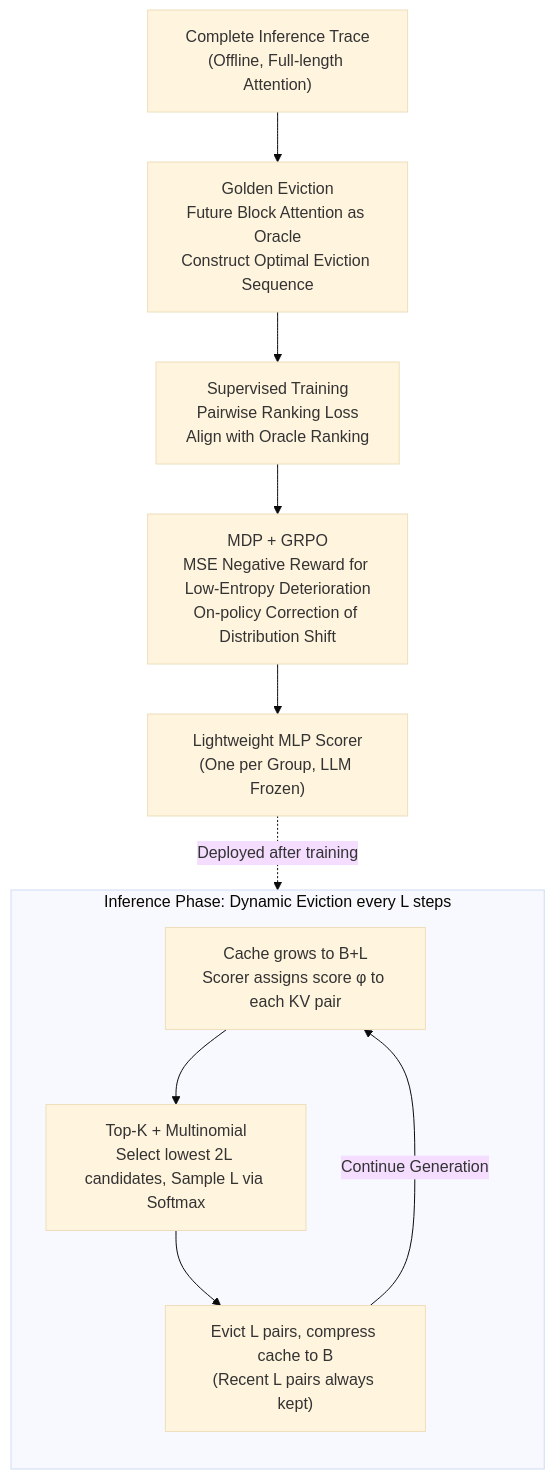
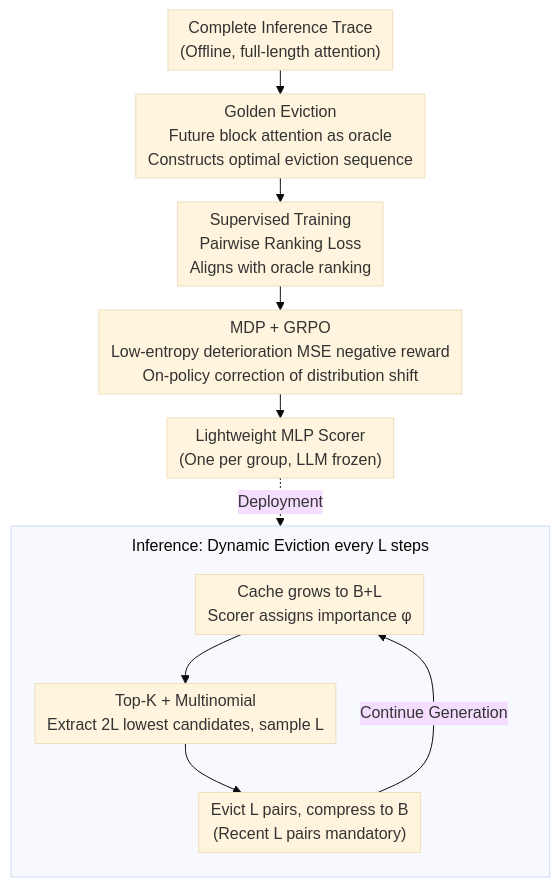
One commit to zhaoyang97/Paper-Notes-en changed the diagram in docs/ICML2026/llm_reasoning/foresightkv_optimizing_kv_cache_eviction_for_reasoning_models_by_learning_long-t.md. Above: the diagram before and after it, drawn with Mermaid (base theme). The commit also changed other lines of this file and 5084 other files, not shown here.

````diff
--- a/docs/ICML2026/llm_reasoning/foresightkv_optimizing_kv_cache_eviction_for_reasoning_models_by_learning_long-t.md
+++ b/docs/ICML2026/llm_reasoning/foresightkv_optimizing_kv_cache_eviction_for_reasoning_models_by_learning_long-t.md
@@ -44,14 +44,15 @@
 ```mermaid
-graph TD
-    A["Complete Inference Trace<br/>(Offline, Full-length Attention)"] --> B["Golden Eviction<br/>Future Block Attention as Oracle<br/>Construct Optimal Eviction Sequence"]
-    B --> C["Supervised Training<br/>Pairwise Ranking Loss<br/>Align with Oracle Ranking"]
-    C --> D["MDP + GRPO<br/>MSE Negative Reward for Low-Entropy Deterioration<br/>On-policy Correction of Distribution Shift"]
-    D --> E["Lightweight MLP Scorer<br/>(One per Group, LLM Frozen)"]
-    E -.Deployed after training.-> F
-    subgraph INF["Inference Phase: Dynamic Eviction every L steps"]
+%%{init: {'flowchart': {'rankSpacing': 24, 'nodeSpacing': 28, 'padding': 6, 'wrappingWidth': 400, 'subGraphTitleMargin': {'top': 8, 'bottom': 16}}}}%%
+flowchart TD
+    A["Complete Inference Trace<br/>(Offline, full-length attention)"] --> B["Golden Eviction<br/>Future block attention as oracle<br/>Constructs optimal eviction sequence"]
+    B --> C["Supervised Training<br/>Pairwise Ranking Loss<br/>Aligns with oracle ranking"]
+    C --> D["MDP + GRPO<br/>Low-entropy deterioration MSE negative reward<br/>On-policy correction of distribution shift"]
+    D --> E["Lightweight MLP Scorer<br/>(One per group, LLM frozen)"]
+    E -.Deployment.-> F
+    subgraph INF["Inference: Dynamic Eviction every L steps"]
         direction TB
-        F["Cache grows to B+L<br/>Scorer assigns score φ to each KV pair"] --> G["Top-K + Multinomial<br/>Select lowest 2L candidates, Sample L via Softmax"]
-        G --> H["Evict L pairs, compress cache to B<br/>(Recent L pairs always kept)"]
+        F["Cache grows to B+L<br/>Scorer assigns importance φ"] --> G["Top-K + Multinomial<br/>Extract 2L lowest candidates, sample L"]
+        G --> H["Evict L pairs, compress to B<br/>(Recent L pairs mandatory)"]
         H -->|Continue Generation| F
     end
 ```
````
